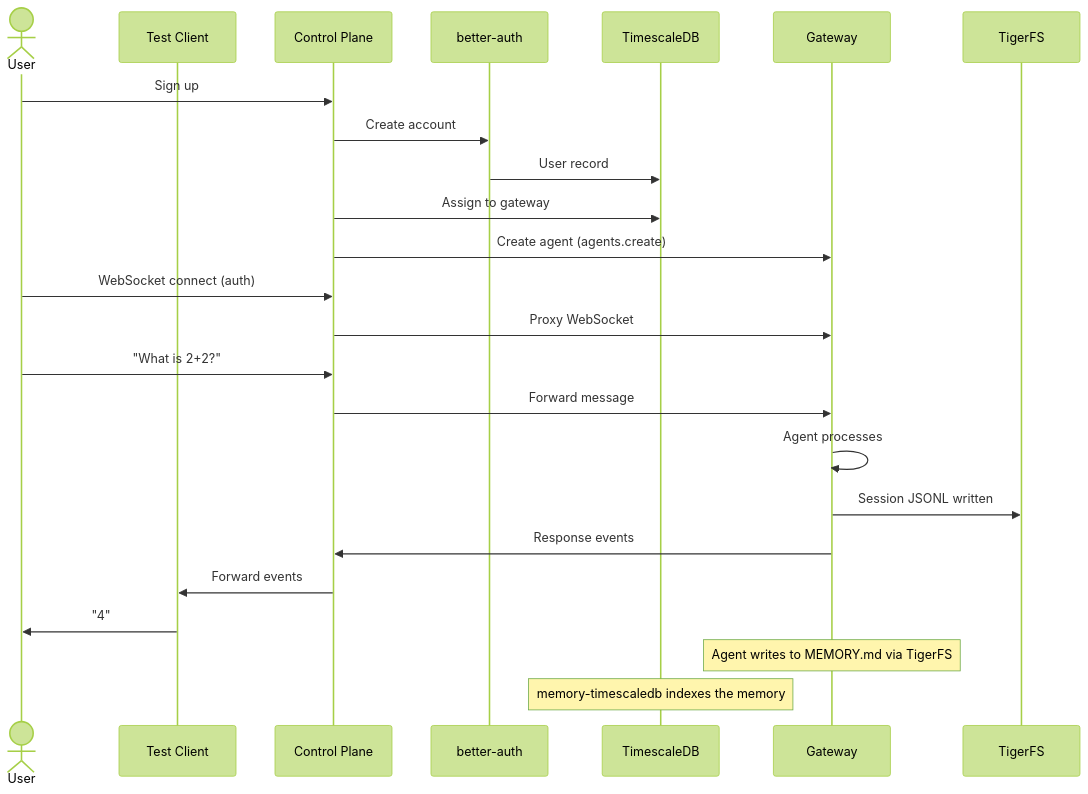
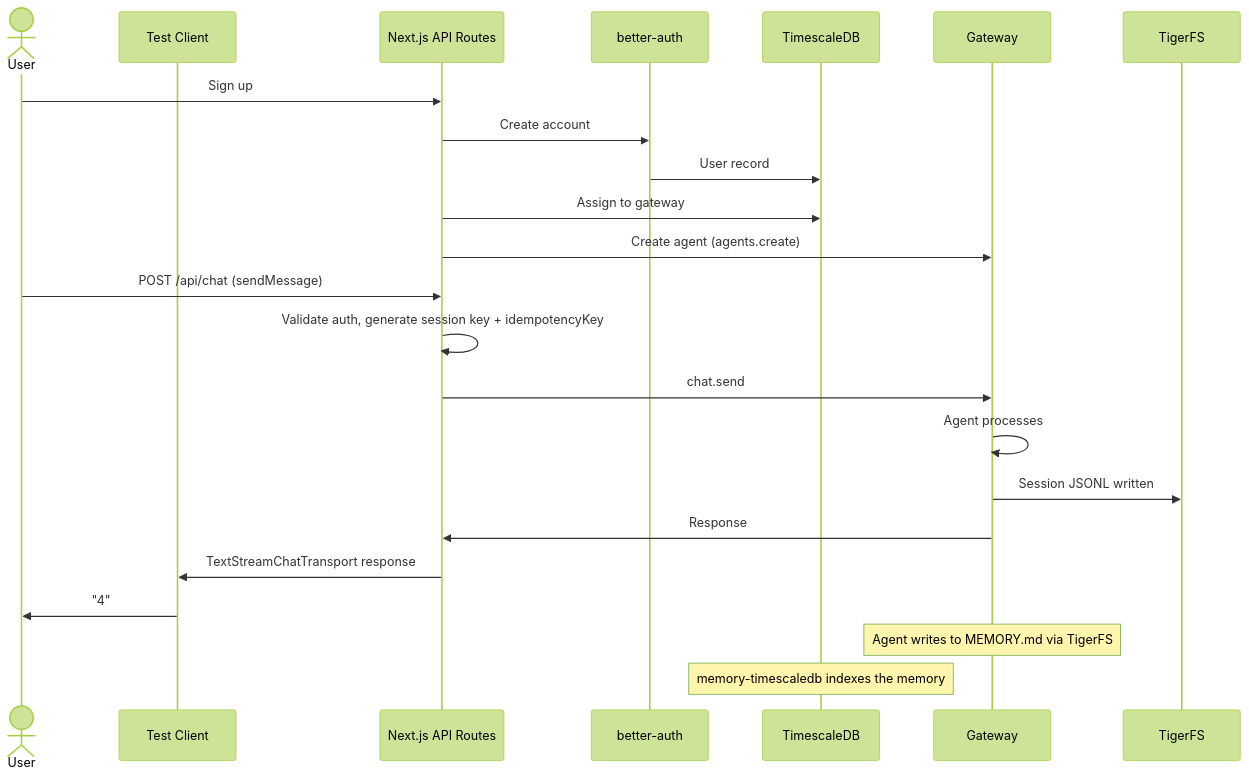
The fifth of 5 diagrams in plan/02-gateway.md (1qh/claw), drawn with Mermaid (forest theme) before and after one commit. The commit also changed other lines of this file and 181 other files, not shown here.

First line of the commit message:
Phase 4: Next.js frontend with shadcn, better-auth

````diff
--- a/plan/02-gateway.md
+++ b/plan/02-gateway.md
@@ -346,30 +341,28 @@
 ```mermaid
 sequenceDiagram
     actor User
     participant FE as Test Client
-    participant CP as Control Plane
+    participant API as Next.js API Routes
     participant BA as better-auth
     participant DB as TimescaleDB
     participant GW as Gateway
     participant TFS as TigerFS
 
-    User->>CP: Sign up
-    CP->>BA: Create account
+    User->>API: Sign up
+    API->>BA: Create account
     BA->>DB: User record
-    CP->>DB: Assign to gateway
-    CP->>GW: Create agent (agents.create)
+    API->>DB: Assign to gateway
+    API->>GW: Create agent (agents.create)
 
-    User->>CP: WebSocket connect (auth)
-    CP->>GW: Proxy WebSocket
-
-    User->>CP: "What is 2+2?"
-    CP->>GW: Forward message
+    User->>API: POST /api/chat (sendMessage)
+    API->>API: Validate auth, generate session key + idempotencyKey
+    API->>GW: chat.send
     GW->>GW: Agent processes
     GW->>TFS: Session JSONL written
-    GW->>CP: Response events
-    CP->>FE: Forward events
+    GW->>API: Response
+    API->>FE: TextStreamChatTransport response
     FE->>User: "4"
 
     Note over GW: Agent writes to MEMORY.md via TigerFS
     Note over DB: memory-timescaledb indexes the memory
 ```
````
